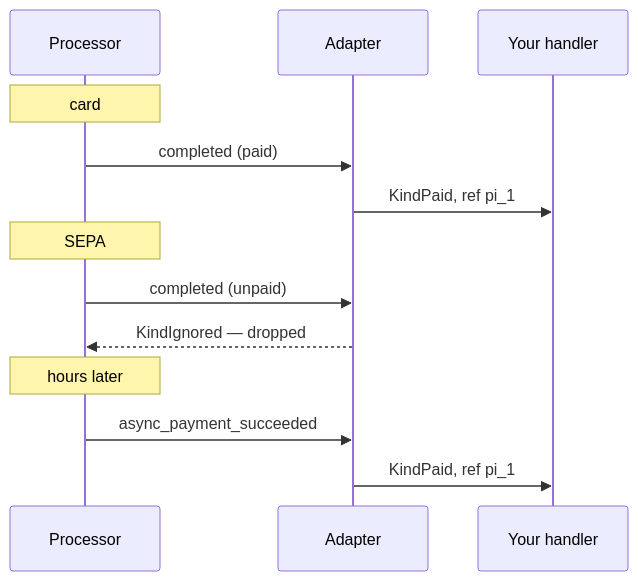
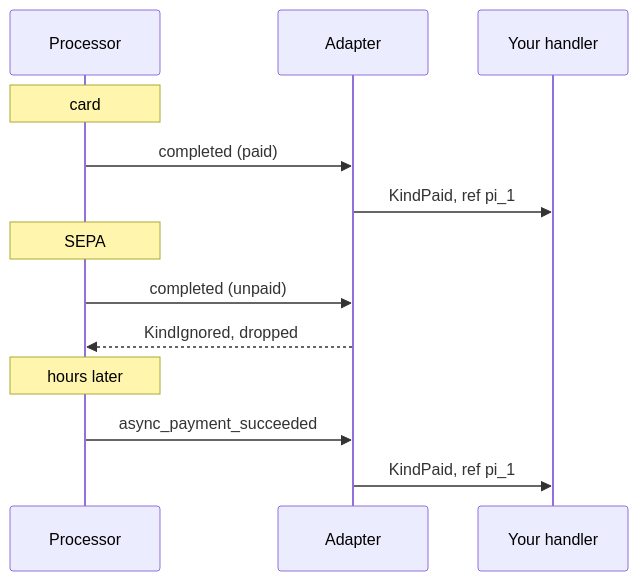
The second of 2 diagrams in docs/webhooks.md (latere-ai/pay), drawn with Mermaid before and after one commit. The commit also changed other lines of this file and 5 other files, not shown here.

````diff
--- a/docs/webhooks.md
+++ b/docs/webhooks.md
@@ -70,17 +78,17 @@
 ```mermaid
 sequenceDiagram
     participant S as Processor
     participant A as Adapter
     participant You as Your handler
 
     Note over S: card
     S->>A: completed (paid)
     A->>You: KindPaid, ref pi_1
 
     Note over S: SEPA
     S->>A: completed (unpaid)
-    A-->>S: KindIgnored — dropped
+    A-->>S: KindIgnored, dropped
     Note over S: hours later
     S->>A: async_payment_succeeded
     A->>You: KindPaid, ref pi_1
 ```
````
